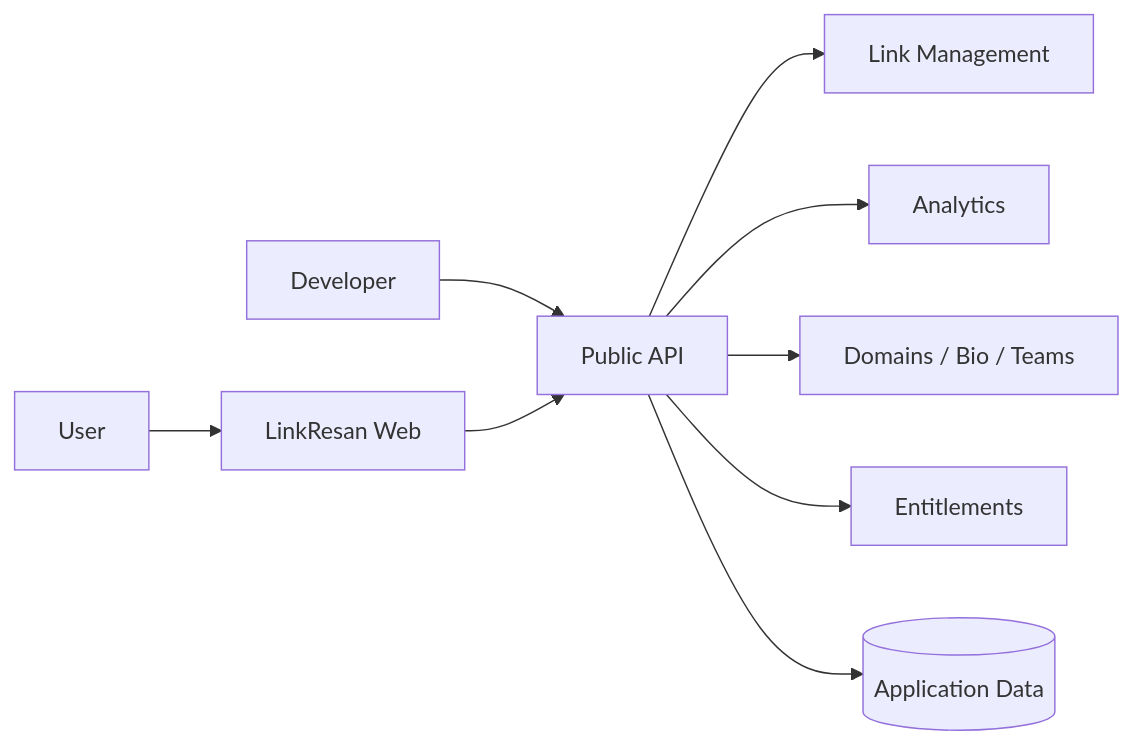
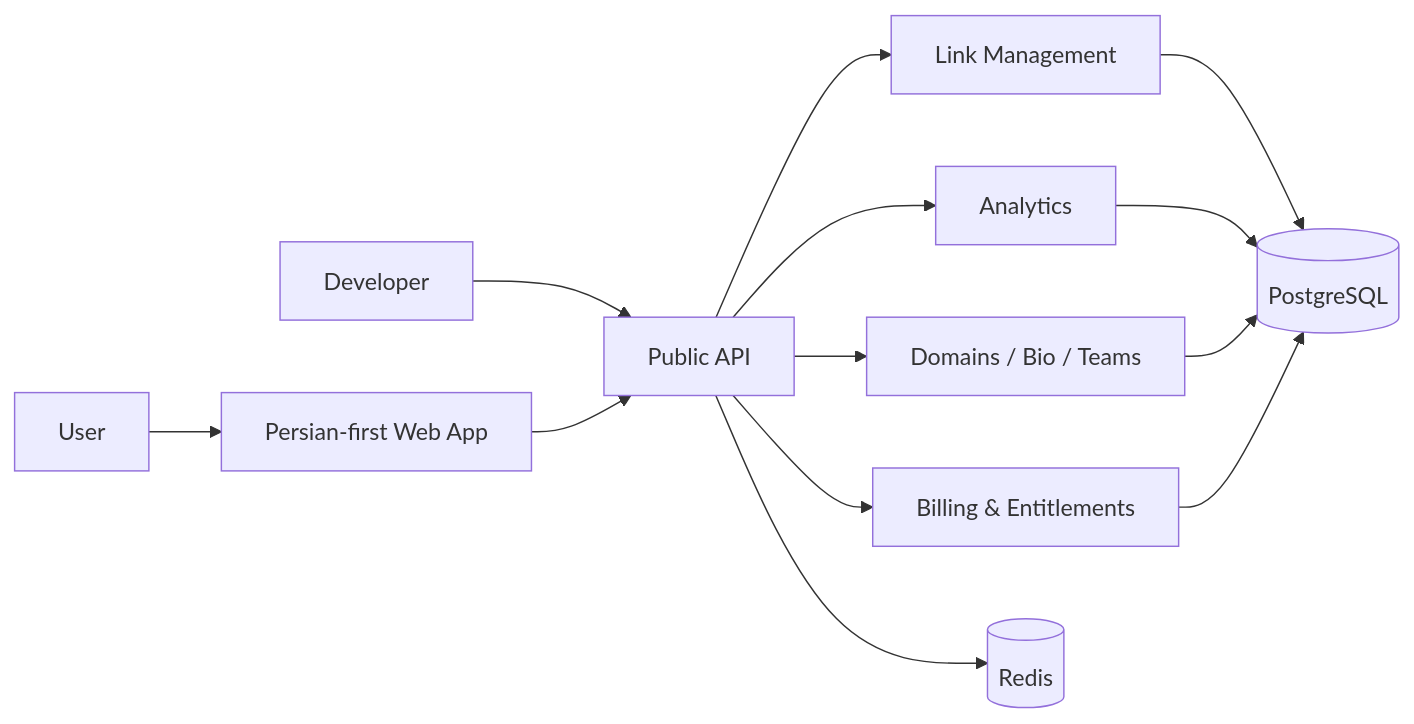
Before and after one commit to AmirMotefaker/linkresan: the diagram in docs/ARCHITECTURE.md, drawn with Mermaid. The commit also changed other lines of this file, not shown here.

Commit message:
docs(public): sync canonical architecture

````diff
--- a/docs/ARCHITECTURE.md
+++ b/docs/ARCHITECTURE.md
@@ -17,11 +7,15 @@
 ```mermaid
 flowchart LR
- User --> Web[LinkResan Web]
- Developer --> API[Public API]
- Web --> API
- API --> Links[Link Management]
- API --> Analytics[Analytics]
- API --> Product[Domains / Bio / Teams]
- API --> Billing[Entitlements]
- API --> Data[(Application Data)]
+    USER[User] --> WEB[Persian-first Web App]
+    DEV[Developer] --> API[Public API]
+    WEB --> API
+    API --> LINKS[Link Management]
+    API --> ANALYTICS[Analytics]
+    API --> PRODUCT[Domains / Bio / Teams]
+    API --> BILLING[Billing & Entitlements]
+    LINKS --> DATA[(PostgreSQL)]
+    ANALYTICS --> DATA
+    PRODUCT --> DATA
+    BILLING --> DATA
+    API --> CACHE[(Redis)]
 ```
````
